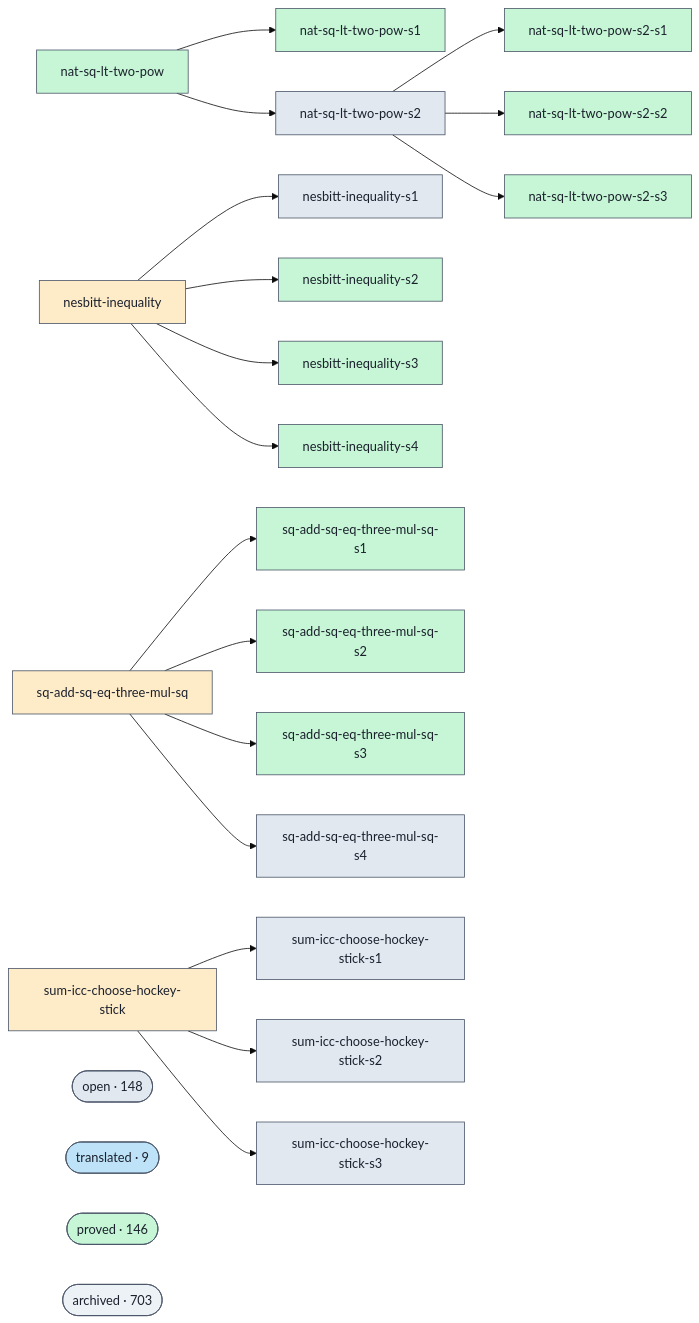
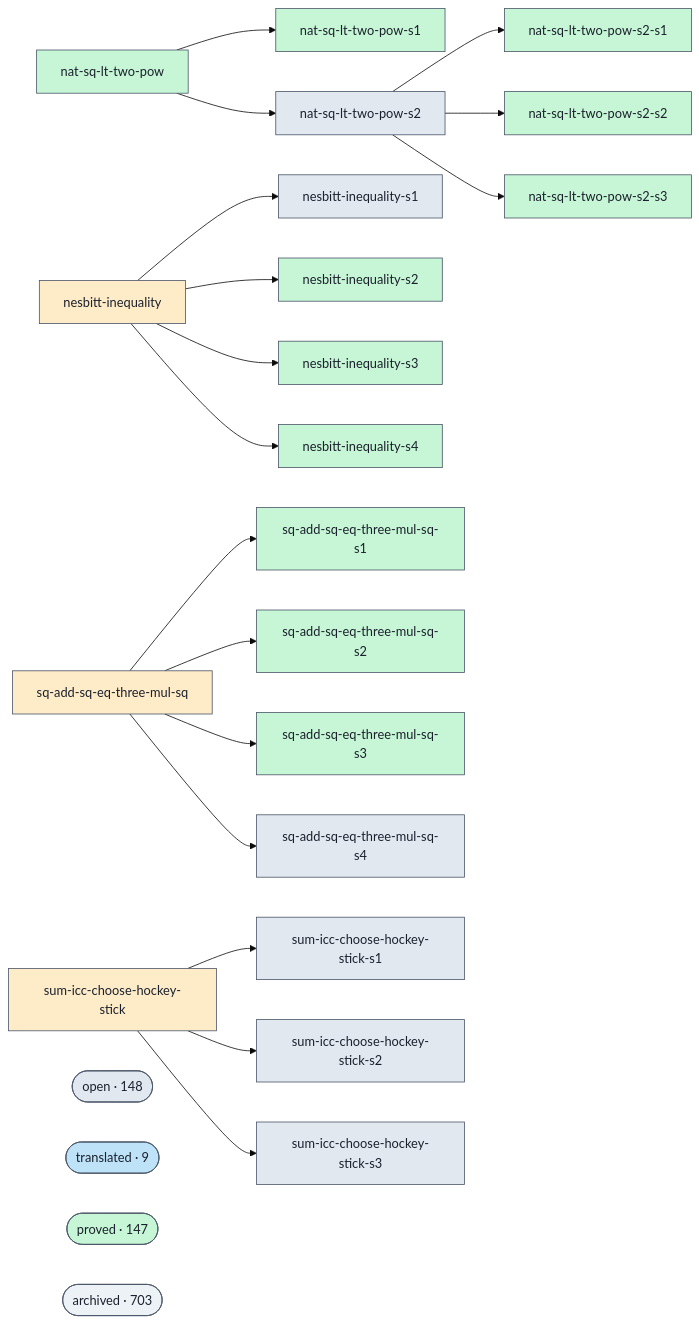
Before and after one commit to ohdearquant/unsorry: the diagram in docs/proofs-contributors-visualisation.md, drawn with Mermaid (base theme). The commit also changed other lines of this file and 2 other files, not shown here.

```diff
--- a/docs/proofs-contributors-visualisation.md
+++ b/docs/proofs-contributors-visualisation.md
@@ -102,7 +102,7 @@
   class cluster_open open;
   cluster_translated(["translated · 9"])
   class cluster_translated translated;
-  cluster_proved(["proved · 146"])
+  cluster_proved(["proved · 147"])
   class cluster_proved proved;
   cluster_archived(["archived · 703"])
   class cluster_archived unknown;
```
